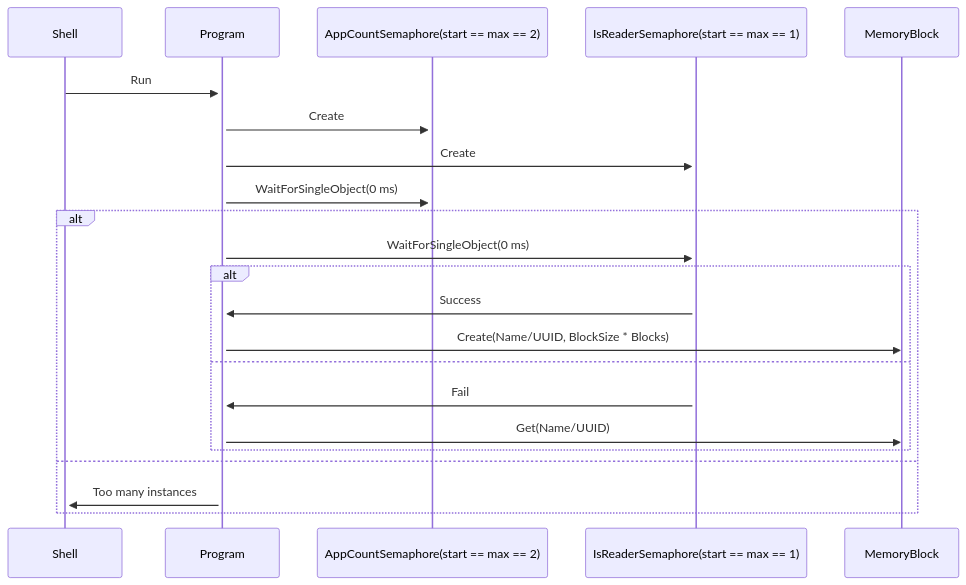
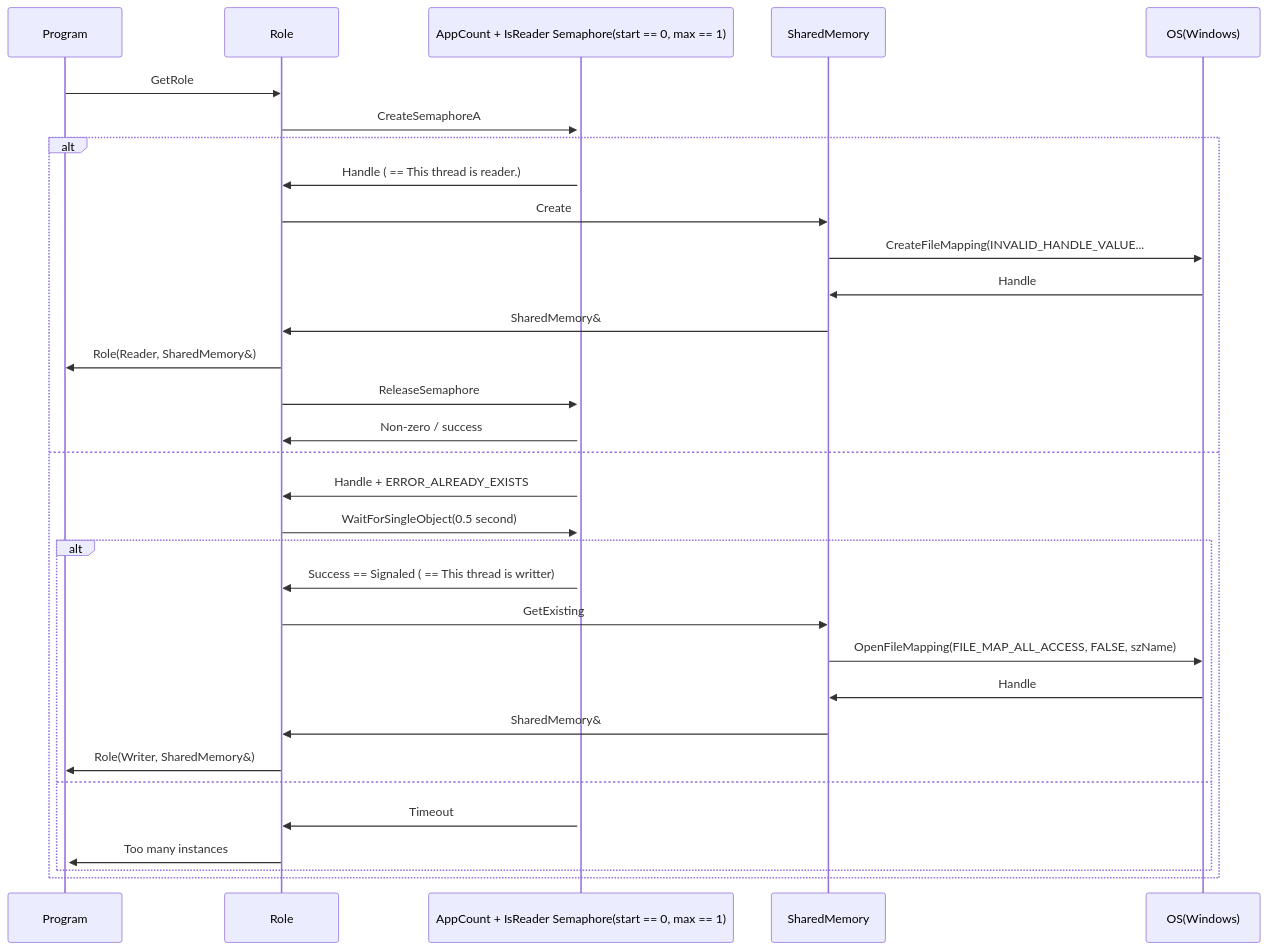
One commit to tintera/MultiCopy changed the first of 2 diagrams in README.md. Above: the diagram before and after it, drawn with Mermaid. The commit also changed other lines of this file and 2 other files, not shown here.

Commit message:
Interface v2

````diff
--- a/README.md
+++ b/README.md
@@ -3,28 +14,34 @@
 ```mermaid
 sequenceDiagram
-    participant Shell
     participant Program
-    participant AppCount as AppCountSemaphore(start == max == 2)
-    participant IsReader as IsReaderSemaphore(start == max == 1)
-    participant MemoryBlock
-    activate AppCount
-    activate IsReader
-    Shell ->>+ Program: Run
-    Program ->>+ AppCount: Create
-    Program ->>+ IsReader: Create
-    Program ->> AppCount: WaitForSingleObject(0 ms) 
+    participant Role
+    participant AppCount as AppCount + IsReader Semaphore(start == 0, max == 1)
+    Participant SharedMemory
+    participant OS as OS(Windows)
+    Program ->> Role: GetRole
+    Role ->>+ AppCount: CreateSemaphoreA 
     alt
-        Program ->> IsReader: WaitForSingleObject(0 ms)
+        AppCount ->> Role: Handle ( == This thread is reader.)
+        Role ->> SharedMemory: Create
+        SharedMemory ->> OS: CreateFileMapping(INVALID_HANDLE_VALUE...
+        OS ->> SharedMemory : Handle
+        SharedMemory ->> Role: SharedMemory&
+        Role ->> Program: Role(Reader, SharedMemory&)
+        Role ->> AppCount: ReleaseSemaphore
+        AppCount ->> Role: Non-zero / success
+    else
+        AppCount ->> Role: Handle + ERROR_ALREADY_EXISTS
+        Role ->> AppCount: WaitForSingleObject(0.5 second)
         alt
-            IsReader ->> Program: Success
-            Program ->> MemoryBlock: Create(Name/UUID, BlockSize * Blocks)
+            AppCount ->> Role: Success == Signaled ( == This thread is writter)
+            Role ->> SharedMemory: GetExisting
+            SharedMemory ->> OS: OpenFileMapping(FILE_MAP_ALL_ACCESS, FALSE, szName);
+            OS ->> SharedMemory: Handle
+            SharedMemory ->> Role: SharedMemory&
+            Role ->> Program: Role(Writer, SharedMemory&)
         else
-            IsReader ->> Program: Fail
-            Program ->> MemoryBlock: Get(Name/UUID)
+            AppCount ->> Role: Timeout
+            Role ->>+ Program : Too many instances
         end
-    else
-        Program ->>+ Shell : Too many instances
     end
-    
-
 ```
````
